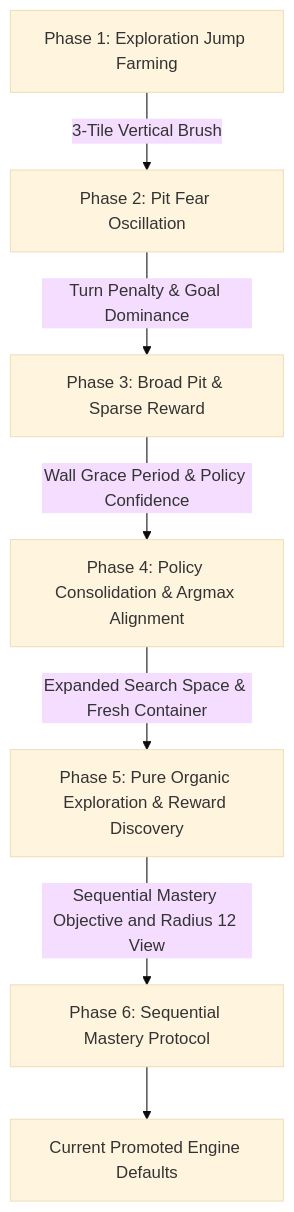
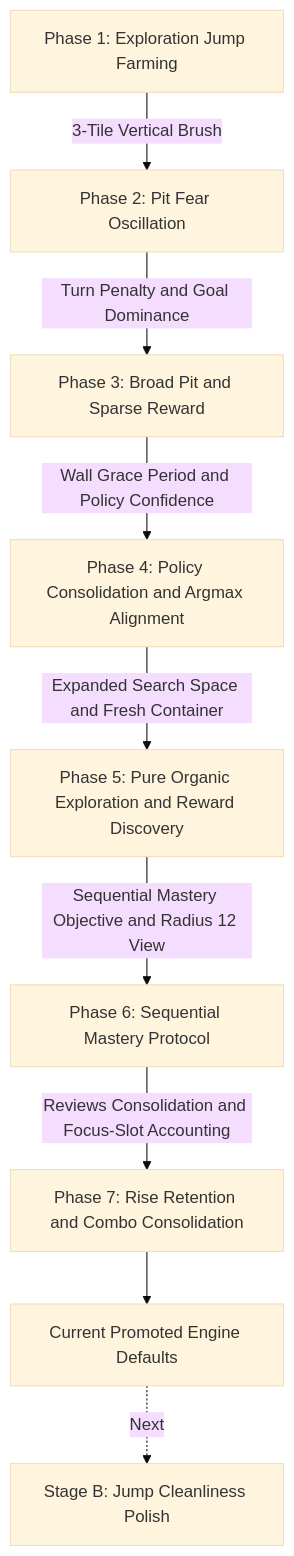
The diagram in docs/src/engineering/fine_tuning_history.md (dante-ferr/ai-delver), drawn with Mermaid (base theme) before and after one commit. The commit also changed other lines of this file and 4 other files, not shown here.

First line of the commit message:
docs(engineering): record Phase 7 mastery and Stage B jump polish

````diff
--- a/docs/src/engineering/fine_tuning_history.md
+++ b/docs/src/engineering/fine_tuning_history.md
@@ -9,9 +9,11 @@
 ```mermaid
 flowchart TD
     P1[Phase 1: Exploration Jump Farming] -->|3-Tile Vertical Brush| P2[Phase 2: Pit Fear Oscillation]
-    P2 -->|Turn Penalty & Goal Dominance| P3[Phase 3: Broad Pit & Sparse Reward]
-    P3 -->|Wall Grace Period & Policy Confidence| P4[Phase 4: Policy Consolidation & Argmax Alignment]
-    P4 -->|Expanded Search Space & Fresh Container| P5[Phase 5: Pure Organic Exploration & Reward Discovery]
+    P2 -->|Turn Penalty and Goal Dominance| P3[Phase 3: Broad Pit and Sparse Reward]
+    P3 -->|Wall Grace Period and Policy Confidence| P4[Phase 4: Policy Consolidation and Argmax Alignment]
+    P4 -->|Expanded Search Space and Fresh Container| P5[Phase 5: Pure Organic Exploration and Reward Discovery]
     P5 -->|Sequential Mastery Objective and Radius 12 View| P6[Phase 6: Sequential Mastery Protocol]
-    P6 --> Promoted[Current Promoted Engine Defaults]
+    P6 -->|Reviews Consolidation and Focus-Slot Accounting| P7[Phase 7: Rise Retention and Combo Consolidation]
+    P7 --> Promoted[Current Promoted Engine Defaults]
+    Promoted -.->|Next| P8[Stage B: Jump Cleanliness Polish]
 ```
````
